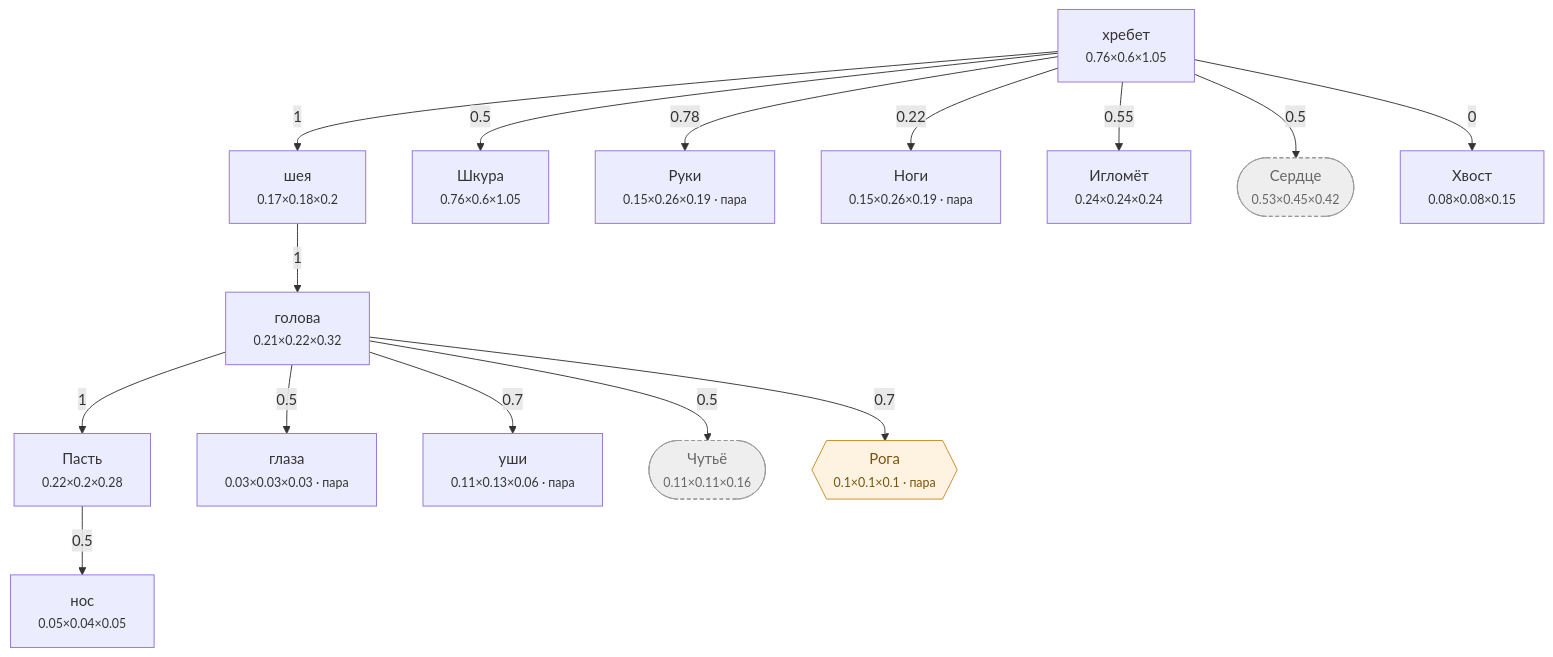
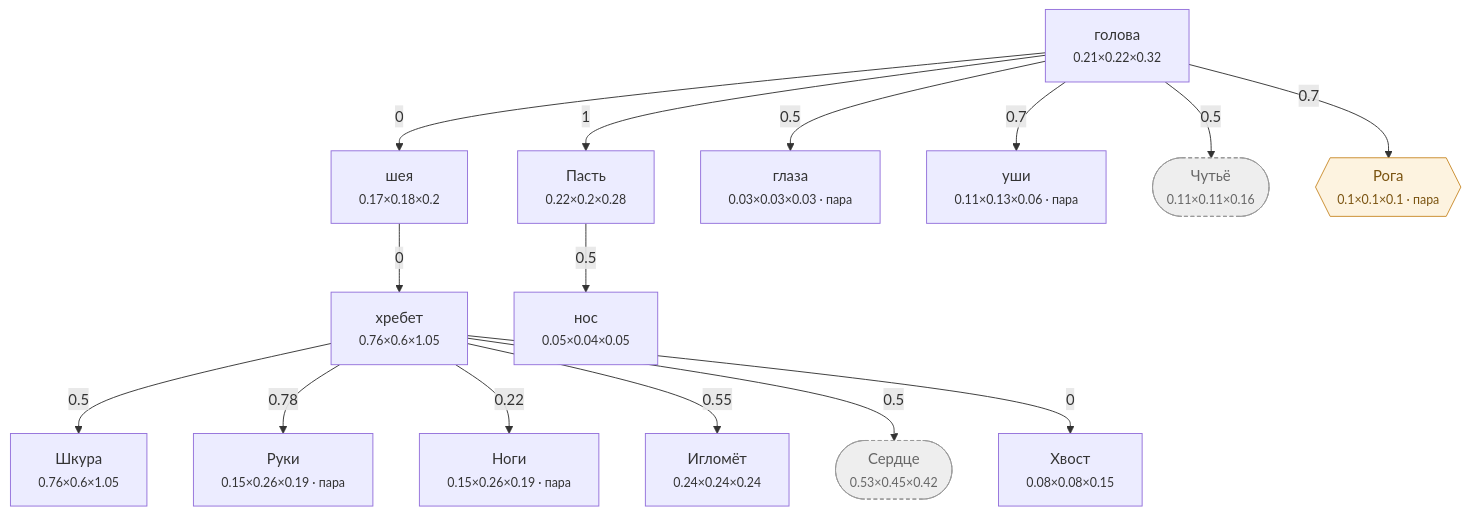
Before and after one commit to darklordshish/ChimeraEvolution-2026-06-26_15-29-59: the diagram in Docs/Диаграммы/Ёж.md, drawn with Mermaid. The commit also changed other lines of this file and 4 other files, not shown here.

````diff
--- a/Docs/Диаграммы/Ёж.md
+++ b/Docs/Диаграммы/Ёж.md
@@ -23,39 +23,39 @@
 ```mermaid
 flowchart TD
     n0["хребет<br/><small>0.76×0.6×1.05</small>"]
     n1["шея<br/><small>0.17×0.18×0.2</small>"]
     n2["голова<br/><small>0.21×0.22×0.32</small>"]
     n3["нос<br/><small>0.05×0.04×0.05</small>"]
     n4["Пасть<br/><small>0.22×0.2×0.28</small>"]
     n5["глаза<br/><small>0.03×0.03×0.03 · пара</small>"]
     n6["уши<br/><small>0.11×0.13×0.06 · пара</small>"]
     n7["Шкура<br/><small>0.76×0.6×1.05</small>"]
     n8["Руки<br/><small>0.15×0.26×0.19 · пара</small>"]
     n9["Ноги<br/><small>0.15×0.26×0.19 · пара</small>"]
     n10["Игломёт<br/><small>0.24×0.24×0.24</small>"]
     n11(["Сердце<br/><small>0.53×0.45×0.42</small>"])
     n12(["Чутьё<br/><small>0.11×0.11×0.16</small>"])
     n13["Хвост<br/><small>0.08×0.08×0.15</small>"]
     n14{{"Рога<br/><small>0.1×0.1×0.1 · пара</small>"}}
 
-    n0 -->|1| n1
-    n1 -->|1| n2
+    n1 -->|0| n0
+    n2 -->|0| n1
     n4 -->|0.5| n3
     n2 -->|1| n4
     n2 -->|0.5| n5
     n2 -->|0.7| n6
     n0 -->|0.5| n7
     n0 -->|0.78| n8
     n0 -->|0.22| n9
     n0 -->|0.55| n10
     n0 -->|0.5| n11
     n2 -->|0.5| n12
     n0 -->|0| n13
     n2 -->|0.7| n14
 
     classDef hid fill:#eee,stroke:#999,stroke-dasharray:4 3,color:#666
     classDef gr fill:#fdf3e0,stroke:#c98a2b,color:#7a5310
     classDef ch fill:#e8f2ff,stroke:#3b74c4,color:#1c3f70
     class n11,n12 hid
     class n14 gr
 ```
````
